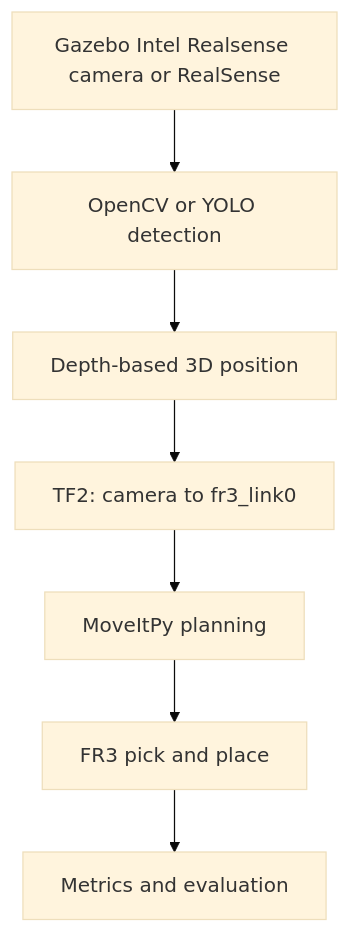
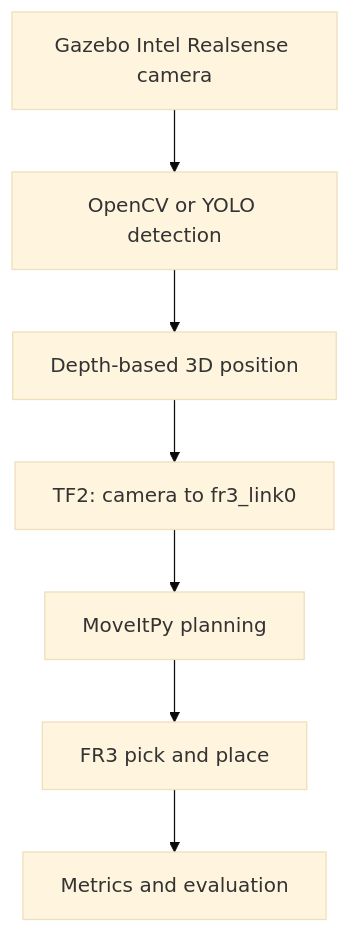
One commit to ytang19-glitch/FR3-Vision-Guided-Sorting-Cell changed the diagram in README.md. Above: the diagram before and after it, drawn with Mermaid (base theme).

Commit message:
Fix typo in README.md for camera description

````diff
--- a/README.md
+++ b/README.md
@@ -51,9 +51,9 @@
 ```mermaid
 flowchart TD
-    A["Gazebo Intel Realsense camera or RealSense"] --> B["OpenCV or YOLO detection"]
+    A["Gazebo Intel Realsense camera "] --> B["OpenCV or YOLO detection"]
     B --> C["Depth-based 3D position"]
     C --> D["TF2: camera to fr3_link0"]
     D --> E["MoveItPy planning"]
     E --> F["FR3 pick and place"]
     F --> G["Metrics and evaluation"]
 ```
````
